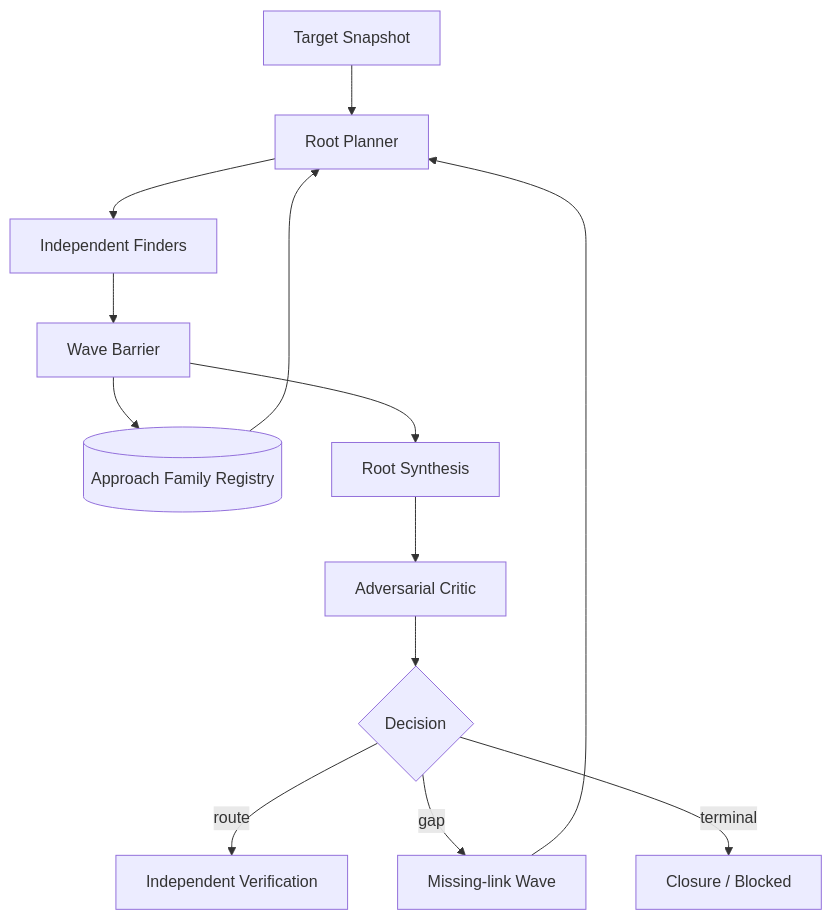
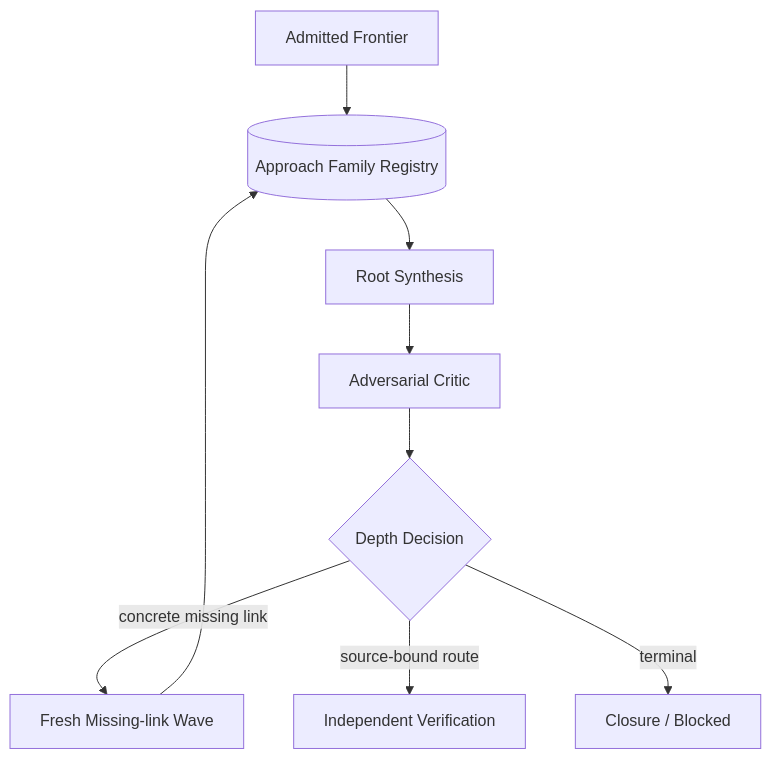
The second of 2 diagrams in docs/design/exploration-seam.md (momoponwork1415-lgtm/wordpress-harness), drawn with Mermaid before and after one commit. The commit also changed other lines of this file, not shown here.

Commit message:
Align exploration seam with semantic research and depth admission

````diff
--- a/docs/design/exploration-seam.md
+++ b/docs/design/exploration-seam.md
@@ -48,22 +73,16 @@
 ```mermaid
 flowchart TB
-    input["Target Snapshot"]
-    planner["Root Planner"]
+    frontier["Admitted Frontier"]
     registry[("Approach Family Registry")]
-    finders["Independent Finders"]
-    barrier["Wave Barrier"]
     synthesis["Root Synthesis"]
     critic["Adversarial Critic"]
-    decision{"Decision"}
+    decision{"Depth Decision"}
+    next["Fresh Missing-link Wave"]
     verify["Independent Verification"]
-    next["Missing-link Wave"]
     stop["Closure / Blocked"]
 
-    input --> planner
-    registry --> planner
-    planner --> finders --> barrier --> synthesis --> critic --> decision
-    barrier --> registry
-    decision -->|"route"| verify
-    decision -->|"gap"| next --> planner
+    frontier --> registry --> synthesis --> critic --> decision
+    decision -->|"concrete missing link"| next --> registry
+    decision -->|"source-bound route"| verify
     decision -->|"terminal"| stop
 ```
````
